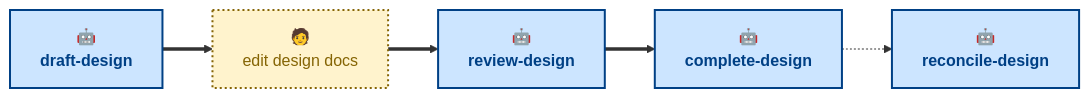
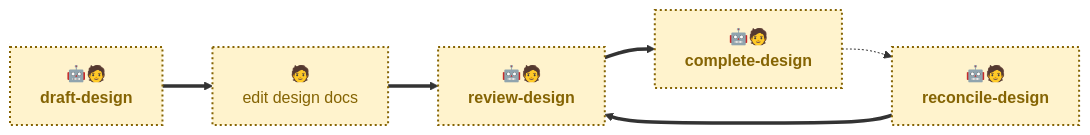
The diagram in .agents/skills/README.md (kieranpotts/design), drawn with Mermaid before and after one commit. The commit also changed other lines of this file and 8 other files, not shown here.

````diff
--- a/.agents/skills/README.md
+++ b/.agents/skills/README.md
@@ -24,17 +27,18 @@
 ```mermaid
 flowchart LR
-  draft["🤖<br/><b>draft-design</b>"]:::agentic
+  draft["🤖🧑<br/><b>draft-design</b>"]:::anthropic
   write["🧑<br/>edit design docs"]:::anthropic
-  review["🤖<br/><b>review-design</b>"]:::agentic
-  complete["🤖<br/><b>complete-design</b>"]:::agentic
-  reconcile["🤖<br/><b>reconcile-design</b>"]:::agentic
+  review["🤖🧑<br/><b>review-design</b>"]:::anthropic
+  complete["🤖🧑<br/><b>complete-design</b>"]:::anthropic
+  reconcile["🤖🧑<br/><b>reconcile-design</b>"]:::anthropic
 
   draft ==> write
   write ==> review
   review ==> complete
   complete -.-> reconcile
+  reconcile ==> review
 
   classDef agentic fill:#cce5ff,stroke:#004085,color:#004085,stroke-width:2px
   classDef scripted fill:#e2e3e5,stroke:#4b5157,color:#383d41,stroke-width:2px
   classDef anthropic fill:#fff3cd,stroke:#856404,color:#856404,stroke-width:2px,stroke-dasharray:2 3
 ```
````
